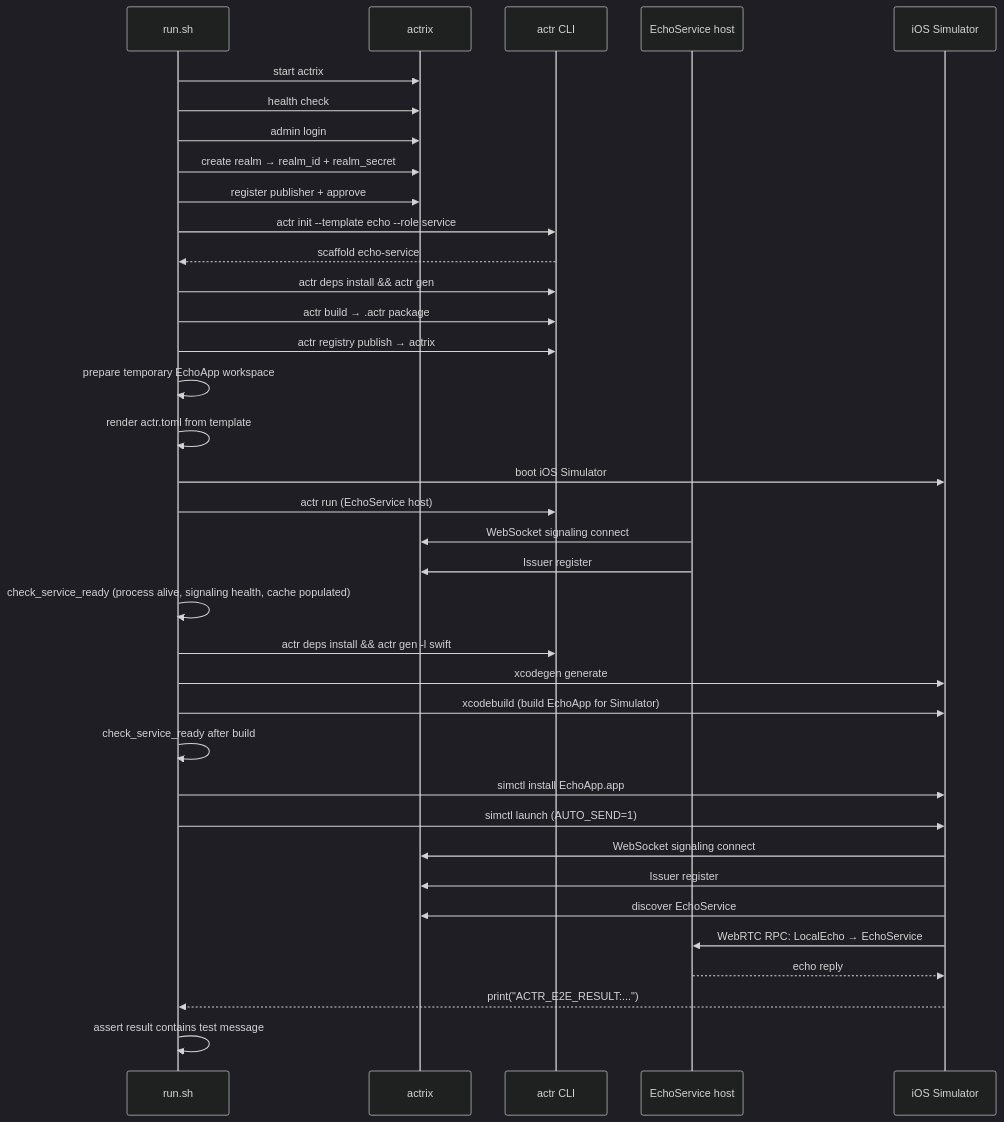
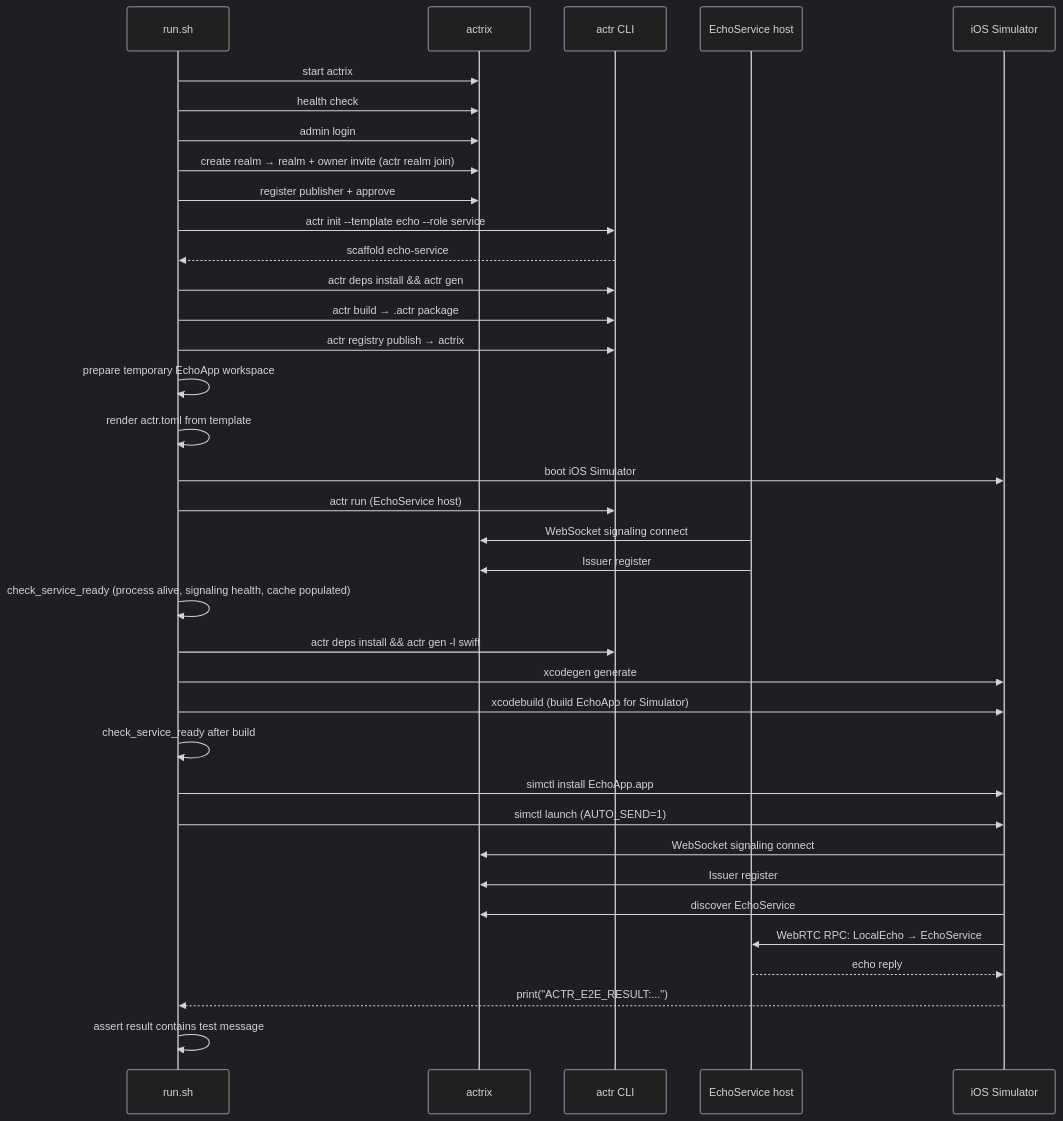
One commit to Actrium/actrium changed the second of 2 diagrams in tests/e2e/actr/swift-echo-app/README.md. Above: the diagram before and after it, drawn with Mermaid (dark theme). The commit also changed other lines of this file and 71 other files, not shown here.

````diff
--- a/tests/e2e/actr/swift-echo-app/README.md
+++ b/tests/e2e/actr/swift-echo-app/README.md
@@ -36,44 +36,44 @@
 ```mermaid
 sequenceDiagram
     participant CI as run.sh
     participant AX as actrix
     participant CLI as actr CLI
     participant ES as EchoService host
     participant SIM as iOS Simulator
 
     CI->>AX: start actrix
     CI->>AX: health check
     CI->>AX: admin login
-    CI->>AX: create realm → realm_id + realm_secret
+    CI->>AX: create realm → realm + owner invite (actr realm join)
     CI->>AX: register publisher + approve
 
     CI->>CLI: actr init --template echo --role service
     CLI-->>CI: scaffold echo-service
     CI->>CLI: actr deps install && actr gen
     CI->>CLI: actr build → .actr package
     CI->>CLI: actr registry publish → actrix
 
     CI->>CI: prepare temporary EchoApp workspace
     CI->>CI: render actr.toml from template
     CI->>SIM: boot iOS Simulator
 
     CI->>CLI: actr run (EchoService host)
     ES->>AX: WebSocket signaling connect
     ES->>AX: Issuer register
     CI->>CI: check_service_ready (process alive, signaling health, cache populated)
     CI->>CLI: actr deps install && actr gen -l swift
     CI->>SIM: xcodegen generate
     CI->>SIM: xcodebuild (build EchoApp for Simulator)
     CI->>CI: check_service_ready after build
 
     CI->>SIM: simctl install EchoApp.app
     CI->>SIM: simctl launch (AUTO_SEND=1)
 
     SIM->>AX: WebSocket signaling connect
     SIM->>AX: Issuer register
     SIM->>AX: discover EchoService
     SIM->>ES: WebRTC RPC: LocalEcho → EchoService
     ES-->>SIM: echo reply
     SIM-->>CI: print("ACTR_E2E_RESULT:...")
     CI->>CI: assert result contains test message
 ```
````
